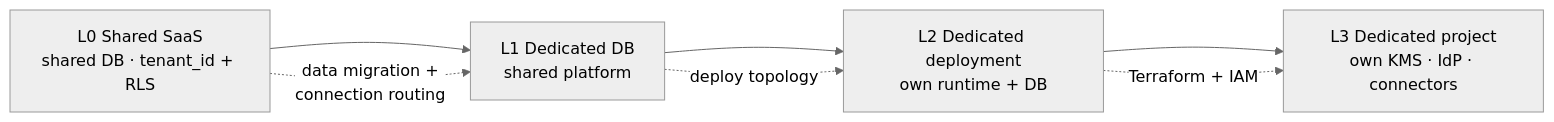
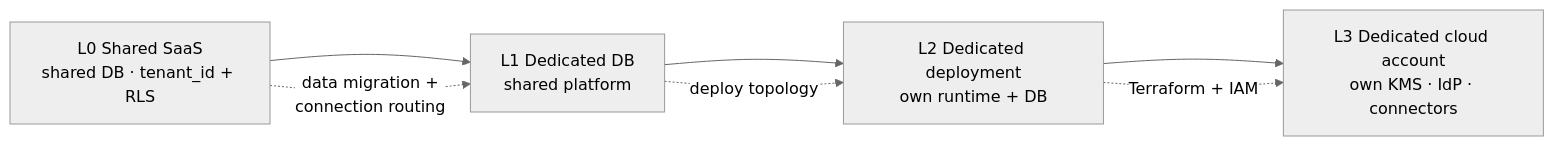
The diagram in docs/architecture/deployment-topology.md (MoayadAlobaidi/Karar-Flutter-version), drawn with Mermaid (neutral theme) before and after one commit. The commit also changed other lines of this file and 62 other files, not shown here.

````diff
--- a/docs/architecture/deployment-topology.md
+++ b/docs/architecture/deployment-topology.md
@@ -9,9 +10,9 @@
 ```mermaid
 graph LR
     L0[L0 Shared SaaS<br/>shared DB · tenant_id + RLS] --> L1[L1 Dedicated DB<br/>shared platform]
     L1 --> L2[L2 Dedicated deployment<br/>own runtime + DB]
-    L2 --> L3[L3 Dedicated project<br/>own KMS · IdP · connectors]
+    L2 --> L3[L3 Dedicated cloud account<br/>own KMS · IdP · connectors]
     L0 -.data migration +<br/>connection routing.-> L1
     L1 -.deploy topology.-> L2
     L2 -.Terraform + IAM.-> L3
 ```
````
